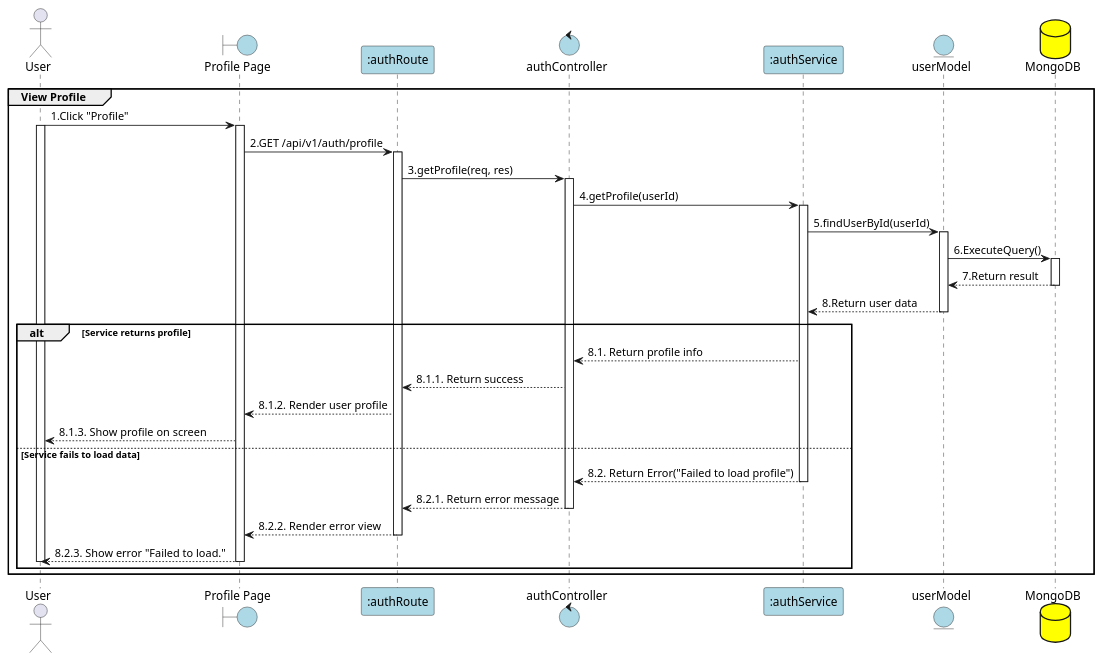
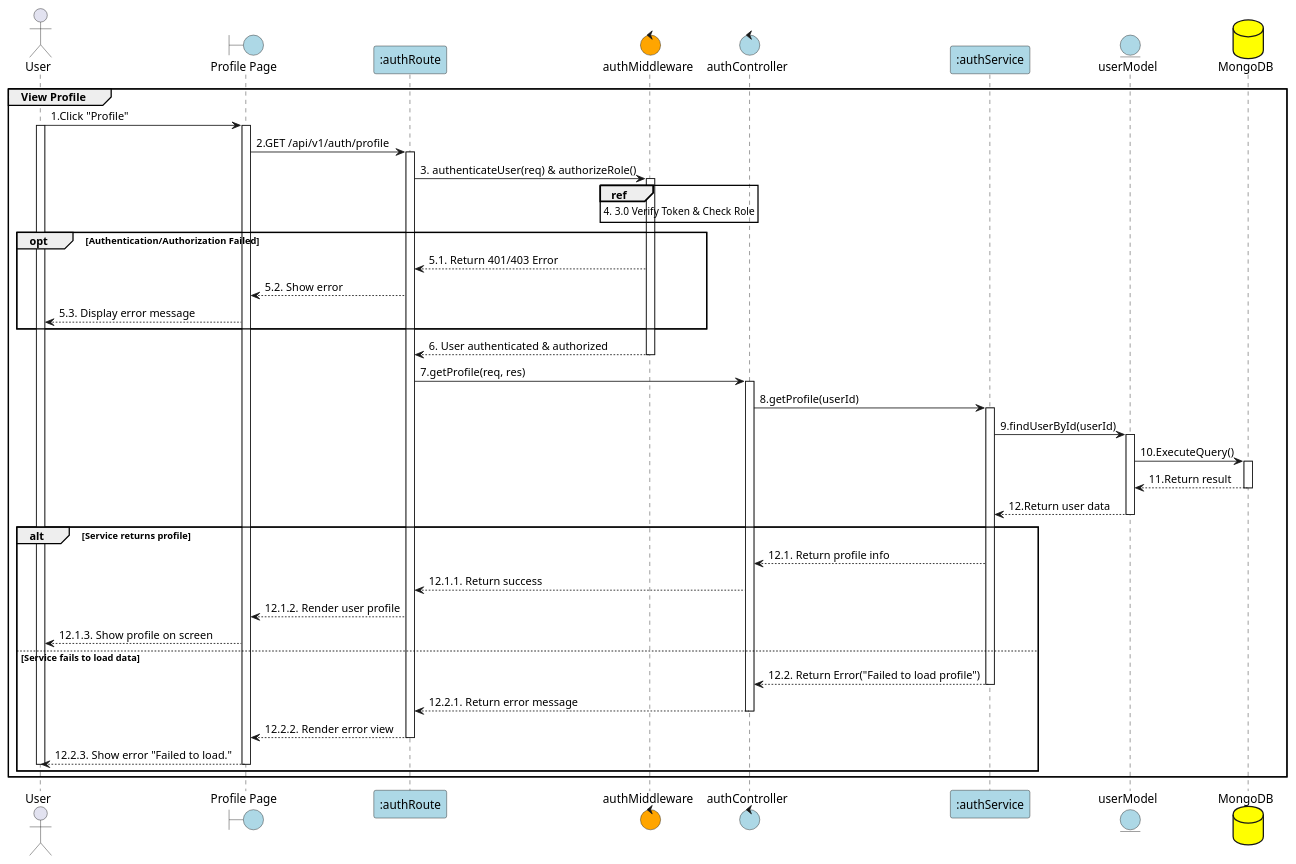
Before and after one commit to Aohkne/CaloCook: the diagram in PlanUML/6_viewProfile.puml, drawn with PlantUML. The commit also changed 21 other files, not shown here.

```diff
--- a/PlanUML/6_viewProfile.puml
+++ b/PlanUML/6_viewProfile.puml
@@ -1,60 +1,71 @@
 @startuml ViewProfile
 
 actor User
 boundary "Profile Page" as View #lightblue
 participant ":authRoute" as Route #lightblue
+control "authMiddleware" as Auth #orange
 control "authController" as Controller #lightblue
 participant ":authService" as Service #lightblue
 entity "userModel" as Model #lightblue
 database "MongoDB" as MongoDB #yellow
 
 group View Profile
 User -> View: 1.Click "Profile"
 activate View
 activate User
 
 View -> Route: 2.GET /api/v1/auth/profile
 activate Route
+Route -> Auth: 3. authenticateUser(req) & authorizeRole()
+activate Auth
+ref over Auth : 4. 3.0 Verify Token & Check Role
 
-Route -> Controller: 3.getProfile(req, res)
+opt Authentication/Authorization Failed
+    Auth --> Route: 5.1. Return 401/403 Error
+    Route --> View: 5.2. Show error
+    View --> User: 5.3. Display error message
+end
+Auth --> Route: 6. User authenticated & authorized
+deactivate Auth
+Route -> Controller: 7.getProfile(req, res)
 activate Controller
 
-Controller -> Service: 4.getProfile(userId)
+Controller -> Service: 8.getProfile(userId)
 activate Service
 
 
-    Service -> Model: 5.findUserById(userId)
+    Service -> Model: 9.findUserById(userId)
     activate Model
 
-    Model -> MongoDB: 6.ExecuteQuery()
+    Model -> MongoDB: 10.ExecuteQuery()
     activate MongoDB
-    MongoDB --> Model: 7.Return result
+    MongoDB --> Model: 11.Return result
     deactivate MongoDB
 
-    Model --> Service: 8.Return user data
+    Model --> Service: 12.Return user data
     deactivate Model
 alt Service returns profile
-    Service --> Controller: 8.1. Return profile info
+    Service --> Controller: 12.1. Return profile info
 
-    Controller --> Route: 8.1.1. Return success
+    Controller --> Route: 12.1.1. Return success
 
-    Route --> View: 8.1.2. Render user profile
+    Route --> View: 12.1.2. Render user profile
 
-    View --> User: 8.1.3. Show profile on screen
+    View --> User: 12.1.3. Show profile on screen
 else Service fails to load data
-    Service --> Controller: 8.2. Return Error("Failed to load profile")
+    Service --> Controller: 12.2. Return Error("Failed to load profile")
     deactivate Service
 
-    Controller --> Route: 8.2.1. Return error message
+    Controller --> Route: 12.2.1. Return error message
     deactivate Controller
 
-    Route --> View: 8.2.2. Render error view
+    Route --> View: 12.2.2. Render error view
     deactivate Route
 
-    View --> User: 8.2.3. Show error "Failed to load."
+    View --> User: 12.2.3. Show error "Failed to load."
     deactivate View
     deactivate User
 end
 
 end
 @enduml
```
